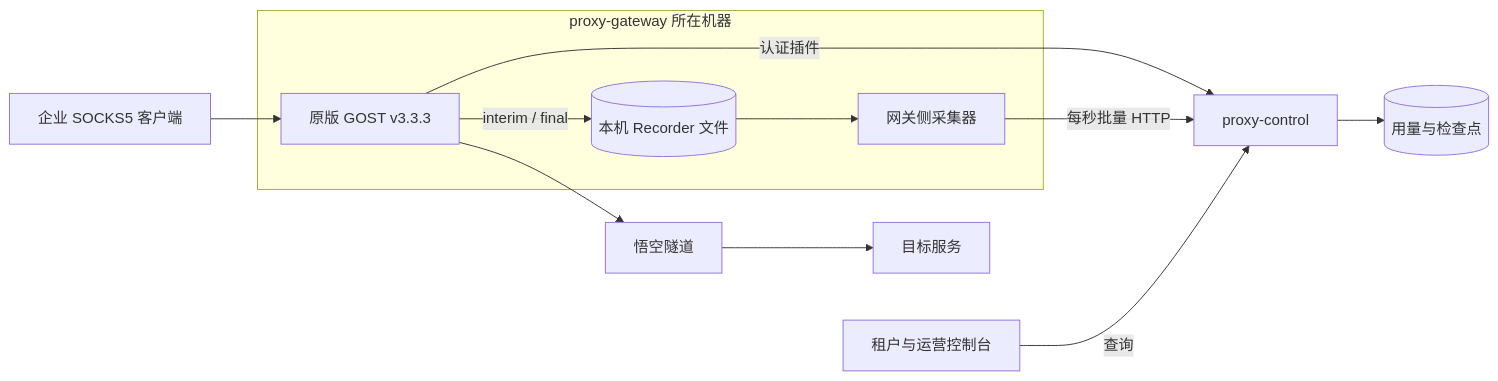
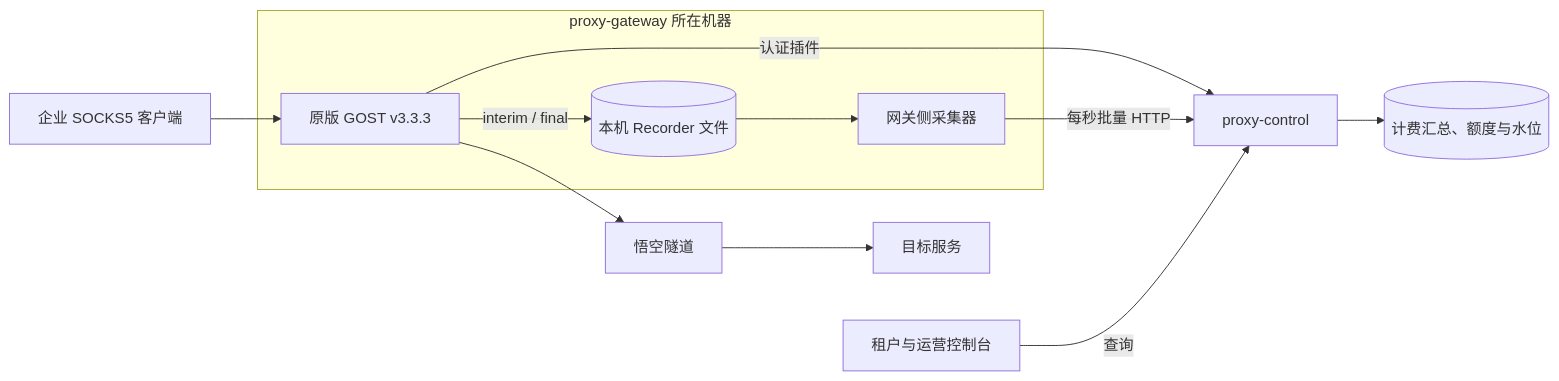
Before and after one commit to DuanJinTaoToday/proxy: the diagram in docs/features/proxy-phase-one/proxy-phase-one-architecture.md, drawn with Mermaid. The commit also changed other lines of this file and 7 other files, not shown here.

````diff
--- a/docs/features/proxy-phase-one/proxy-phase-one-architecture.md
+++ b/docs/features/proxy-phase-one/proxy-phase-one-architecture.md
@@ -7,13 +7,13 @@
 ```mermaid
 flowchart LR
     Client[企业 SOCKS5 客户端] --> GOST
     GOST --> Wukong[悟空隧道] --> Target[目标服务]
     GOST -->|认证插件| Control[proxy-control]
     subgraph Gateway[proxy-gateway 所在机器]
         GOST[原版 GOST v3.3.3] -->|interim / final| Files[(本机 Recorder 文件)]
         Files --> Collector[网关侧采集器]
     end
     Collector -->|每秒批量 HTTP| Control
-    Control --> Store[(用量与检查点)]
+    Control --> Store[(计费汇总、额度与水位)]
     Console[租户与运营控制台] -->|查询| Control
 ```
````
